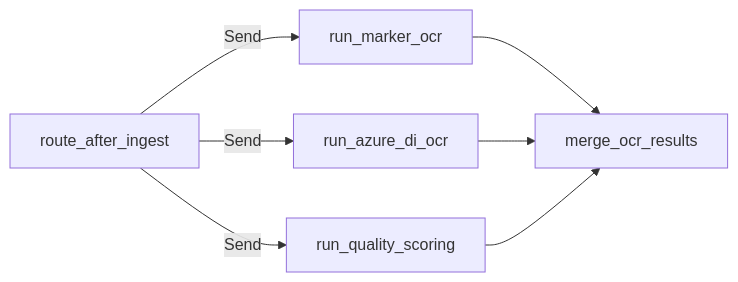
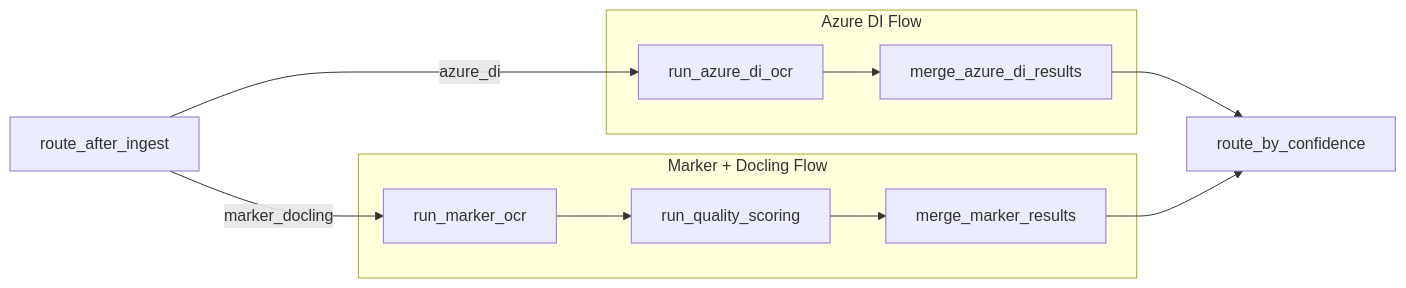
The second of 2 diagrams in wiki/backend/workflow/document-processing.md (auropro-hyd/Docs-digitization), drawn with Mermaid before and after one commit. The commit also changed other lines of this file and 146 other files, not shown here.

````diff
--- a/wiki/backend/workflow/document-processing.md
+++ b/wiki/backend/workflow/document-processing.md
@@ -201,9 +349,13 @@
 ```mermaid
 flowchart LR
-    route_after_ingest -->|Send| A[run_marker_ocr]
-    route_after_ingest -->|Send| B[run_azure_di_ocr]
-    route_after_ingest -->|Send| C[run_quality_scoring]
-    A --> merge_ocr_results
-    B --> merge_ocr_results
-    C --> merge_ocr_results
+    subgraph "Azure DI Flow"
+        A1[run_azure_di_ocr] --> A2[merge_azure_di_results]
+    end
+    subgraph "Marker + Docling Flow"
+        M1[run_marker_ocr] --> M2[run_quality_scoring] --> M3[merge_marker_results]
+    end
+    route_after_ingest -->|"azure_di"| A1
+    route_after_ingest -->|"marker_docling"| M1
+    A2 --> route_by_confidence
+    M3 --> route_by_confidence
 ```
````
